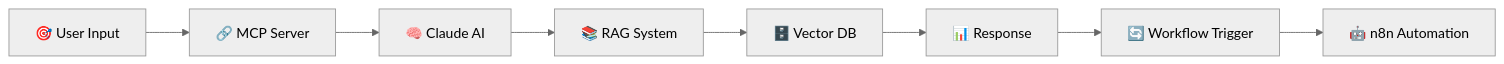
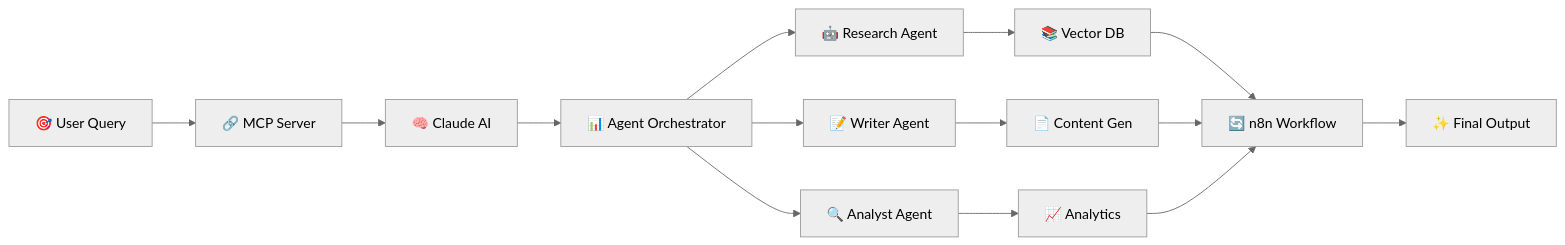
Before and after one commit to PRADEEP5967/PRADEEP5967: the second of 4 diagrams in README.md, drawn with Mermaid (neutral theme). The commit also changed other lines of this file, not shown here.

````diff
--- a/README.md
+++ b/README.md
@@ -40,10 +45,16 @@
   ```mermaid
   graph LR
-      A[🎯 User Input] --> B[🔗 MCP Server]
+      A[🎯 User Query] --> B[🔗 MCP Server]
       B --> C[🧠 Claude AI]
-      C --> D[📚 RAG System]
-      D --> E[🗄️ Vector DB]
-      E --> F[📊 Response]
-      F --> G[🔄 Workflow Trigger]
-      G --> H[🤖 n8n Automation]
+      C --> D[📊 Agent Orchestrator]
+      D --> E[🤖 Research Agent]
+      D --> F[📝 Writer Agent]
+      D --> G[🔍 Analyst Agent]
+      E --> H[📚 Vector DB]
+      F --> I[📄 Content Gen]
+      G --> J[📈 Analytics]
+      H --> K[🔄 n8n Workflow]
+      I --> K
+      J --> K
+      K --> L[✨ Final Output]
   ```
````
